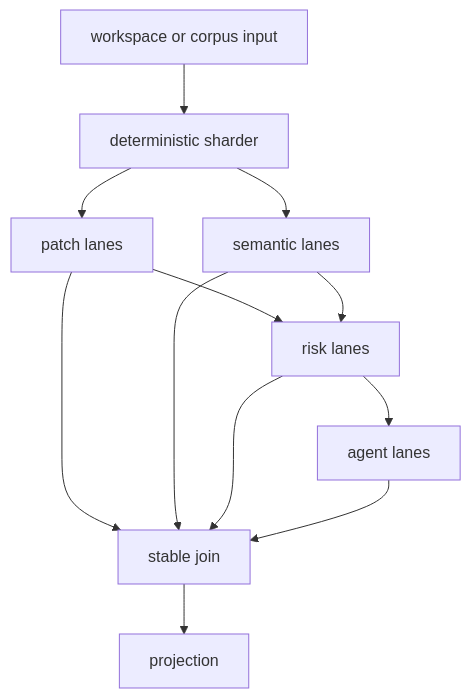
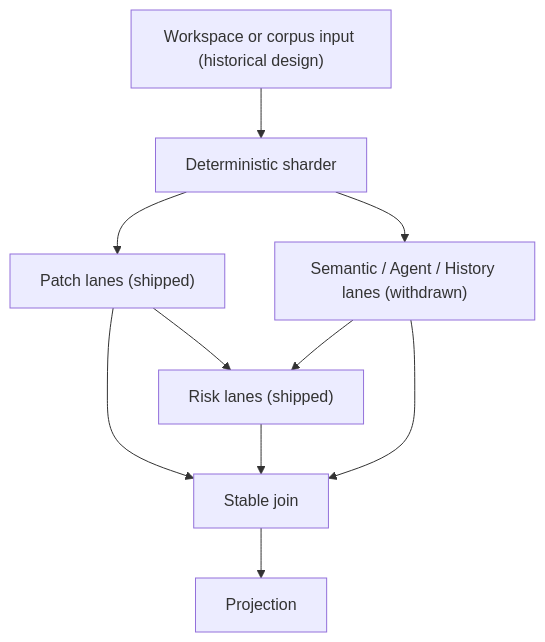
Before and after one commit to Louranicas/deep-diff-forge: the second of 2 diagrams in docs/CHAINING_AND_CLUSTERING.md, drawn with Mermaid. The commit also changed other lines of this file and 36 other files, not shown here.

First line of the commit message:
docs: comprehensive v0.11.0 documentation and schematics overhaul

````diff
--- a/docs/CHAINING_AND_CLUSTERING.md
+++ b/docs/CHAINING_AND_CLUSTERING.md
@@ -179,23 +147,20 @@
 ```mermaid
 flowchart TB
-    Input[workspace or corpus input]
-    Shard[deterministic sharder]
-    Patch[patch lanes]
-    Semantic[semantic lanes]
-    Risk[risk lanes]
-    Agent[agent lanes]
-    Join[stable join]
-    Render[projection]
+    Input["Workspace or corpus input (historical design)"]
+    Shard["Deterministic sharder"]
+    Patch["Patch lanes (shipped)"]
+    Risk["Risk lanes (shipped)"]
+    Other["Semantic / Agent / History lanes (withdrawn)"]
+    Join["Stable join"]
+    Render["Projection"]
 
     Input --> Shard
     Shard --> Patch
-    Shard --> Semantic
+    Shard --> Other
     Patch --> Risk
-    Semantic --> Risk
-    Risk --> Agent
+    Other --> Risk
     Patch --> Join
-    Semantic --> Join
     Risk --> Join
-    Agent --> Join
+    Other --> Join
     Join --> Render
 ```
````
